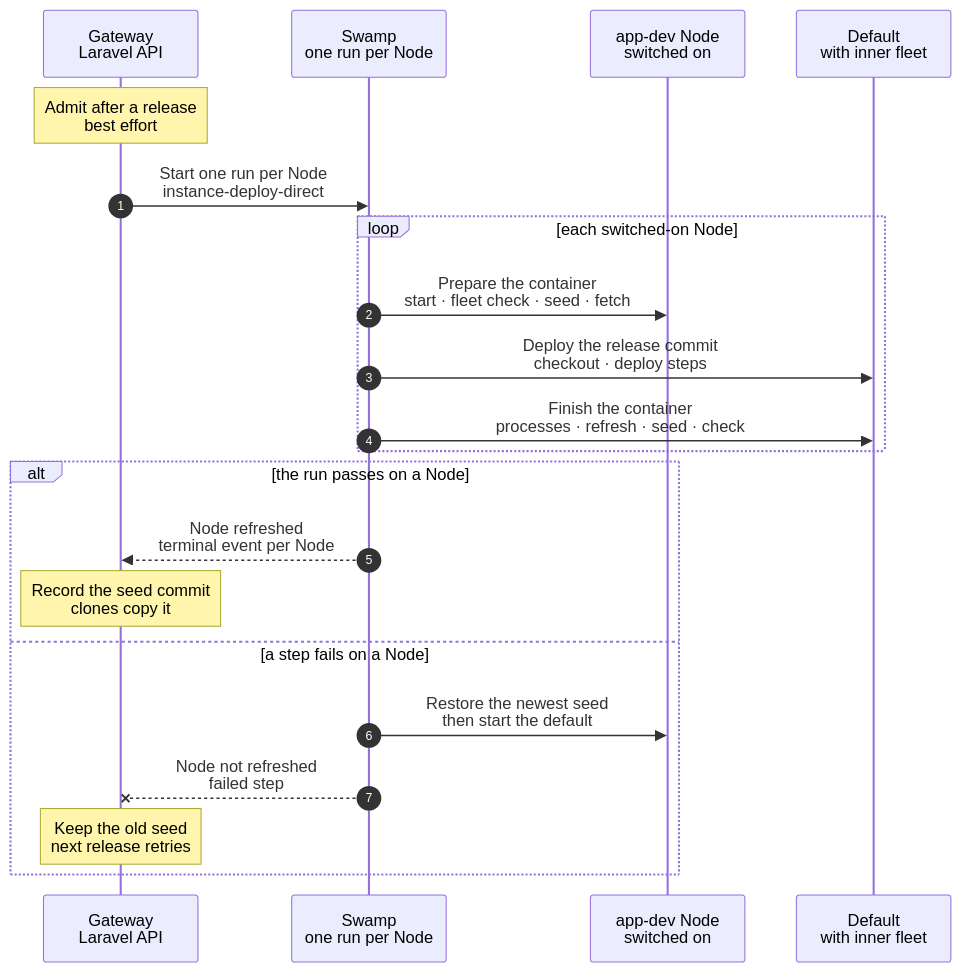
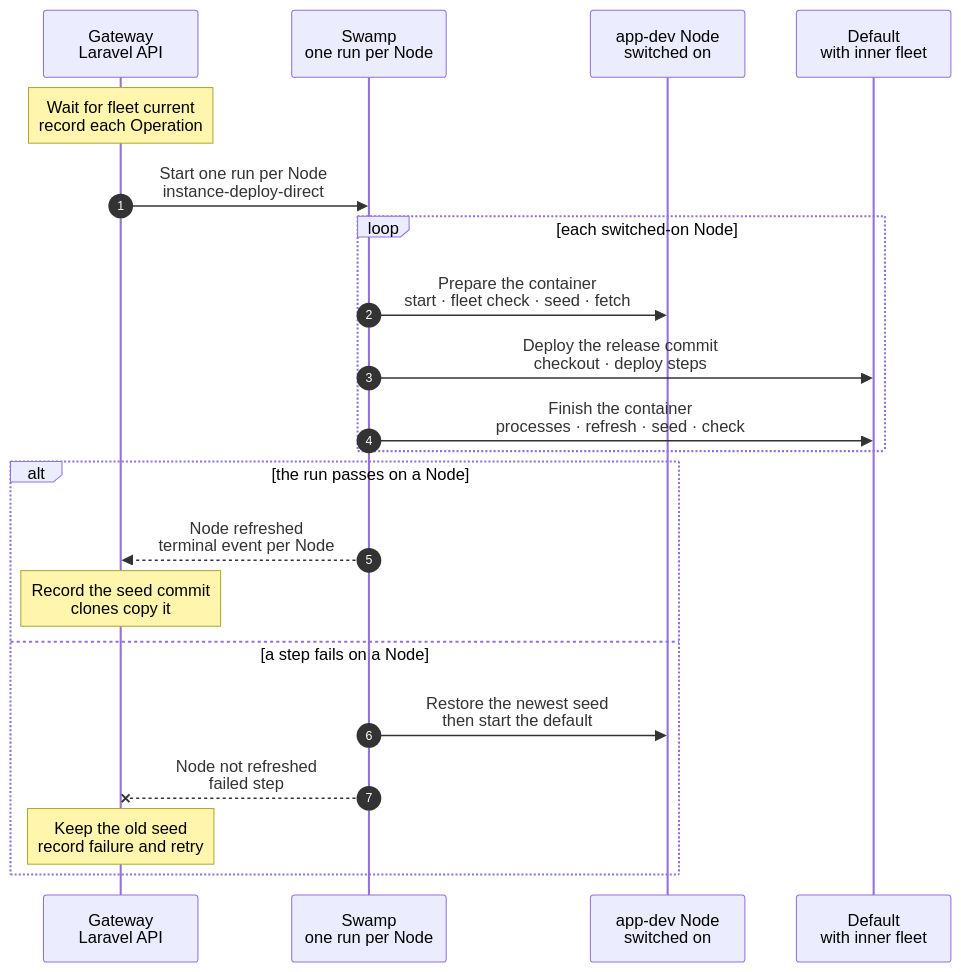
The diagram in docs/reference/pipeline/6-task-image-seed-refresh.mmd (hardimpactdev/orbit), drawn with Mermaid before and after one commit. The commit also changed 55 other files, not shown here.

First line of the commit message:
Release Orbit automatically from verified PR trees (#4021)

```diff
--- a/docs/reference/pipeline/6-task-image-seed-refresh.mmd
+++ b/docs/reference/pipeline/6-task-image-seed-refresh.mmd
@@ -1,53 +1,54 @@
 sequenceDiagram
   %% Current flow: stage 6 of the command development pipeline. Each Node with the nested-fleet switch keeps the nested-fleet Project's default Instance, an Incus container that holds the inner fleet. After each verified Gateway release, when refresh is enabled, Orbit deploys that default to the release commit, refreshes its fleet and takes the seed snapshot that a task or a new Instance of the Project clones. There is no image publish and no daily run. The per-Node run: docs/cli/instance/container/fleet-refresh.mmd.
   %% status: draft
   %% command: development pipeline stage 6 · per-Node seed refresh
   %% kind: pipeline.6-task-image-seed-refresh
   autonumber
   %% lane GW icon=gateway pill=intent tone=blue
   %% lane SW icon=workflow pill=executes tone=green
   %% lane N icon=server pill=each Node tone=amber
   %% lane C icon=server pill=default tone=purple
   participant GW as Gateway<br/>Laravel API
   participant SW as Swamp<br/>one run per Node
   participant N as app-dev Node<br/>switched on
   participant C as Default<br/>with inner fleet
-  Note over GW: Admit after a release<br/>best effort
+  Note over GW: Wait for fleet current<br/>record each Operation
   %%> Triggers:
-  %%> - every verified Gateway release, from its admission step after Horizon starts; the release does not wait
+  %%> - fleet current, when refresh is enabled; the five-minute release tick redrives a missed continuation
   %%> When:
-  %%> - a default with a clone copy in flight refuses with `instance.clone_in_flight`; the next release tries again
+  %%> - a default with a clone copy in flight refuses with `instance.clone_in_flight`; the same release retries
   %%> - a default with a deployment open refuses by its Instance lock; nothing queues behind it
   GW->>SW: Start one run per Node<br/>instance-deploy-direct
   %%> Why:
   %%> - each Node keeps its own seed; nothing is copied between Nodes
   loop each switched-on Node
     SW->>N: Prepare the container<br/>start · fleet check · seed · fetch
     %%> What it does:
     %%> - one play: starts the default, checks its running fleet once, keeps the current seed, fetches the release commit
     %%> Why:
     %%> - a later failure then restores a seed that holds the fleet; a failure here changes nothing and restores nothing
     SW->>C: Deploy the release commit<br/>checkout · deploy steps
     %%> What it does:
     %%> - the same steps as every container default deployment
     SW->>C: Finish the container<br/>processes · refresh · seed · check
     %%> What it does:
     %%> - one play: installs the Processes, refreshes the inner fleet (migrate, converge, Doctor, and `base` retaken for the containers whose disk changed), takes the seed snapshot with the Processes stopped, and checks the default
     %%> - refuses the seed when the Club key is a file on the default's disk; the key lives outside it
     %%> - a default with an inner volume: also snapshots the volume under the same name, right after a flush of the volume (`sync -f`); the two snapshots are the seed, and older pairs go after both new halves exist
   end
   alt the run passes on a Node
     SW-->>GW: Node refreshed<br/>terminal event per Node
     Note over GW: Record the seed commit<br/>clones copy it
     %%> Result:
     %%> - one slow Node does not hold the others; existing clones keep their fleet
+    %%> - proof Nodes publish the exact seed commit and timestamp through instance.seed_copy; the release retains those Operation IDs
     %%> - a new copy of a default with an inner volume copies both halves: the volume to its own `inner-<id>`, then the container; while the run is open such a copy refuses with `instance.default_seed_in_flight`
   else a step fails on a Node
     SW->>N: Restore the newest seed<br/>then start the default
     %%> What it does:
     %%> - a default with an inner volume needs both halves of the seed before it restores anything, then restores the container and the volume
     SW--xGW: Node not refreshed<br/>failed step
-    Note over GW: Keep the old seed<br/>next release retries
+    Note over GW: Keep the old seed<br/>record failure and retry
     %%> Result:
-    %%> - clones keep copying the old seed; the Operation names the failed step
+    %%> - the Operation names the failed step; a terminal failure remains visible and can be fixed forward
   end
```
